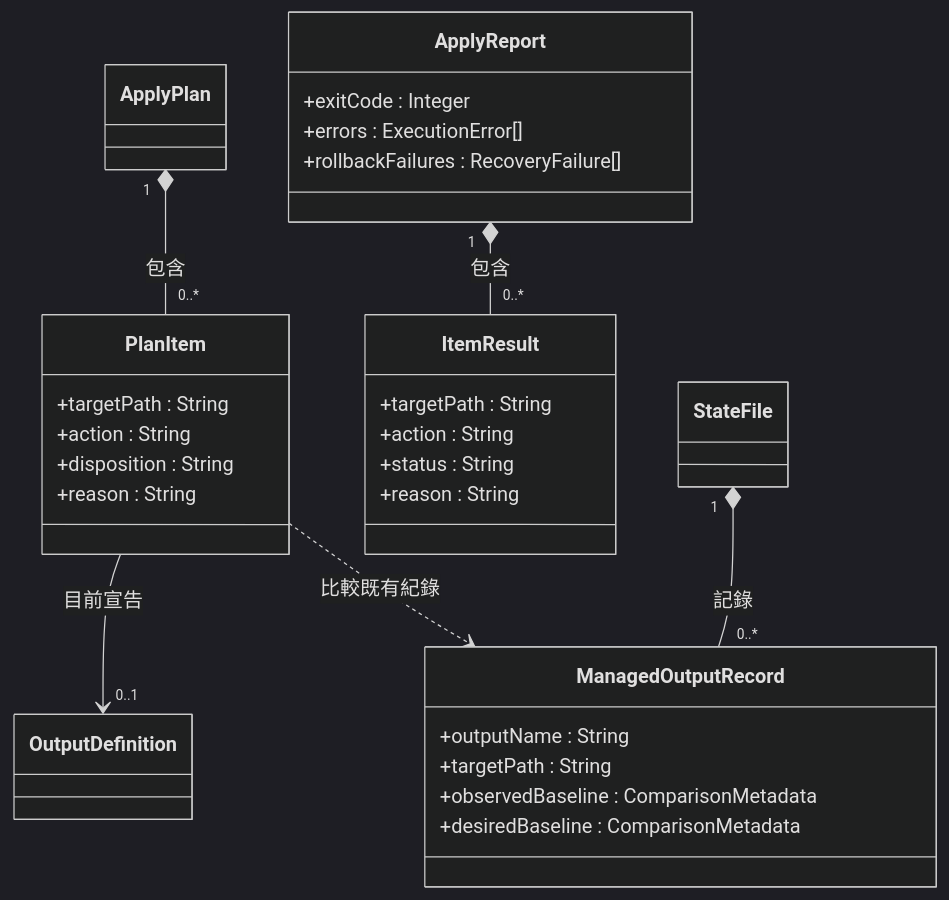
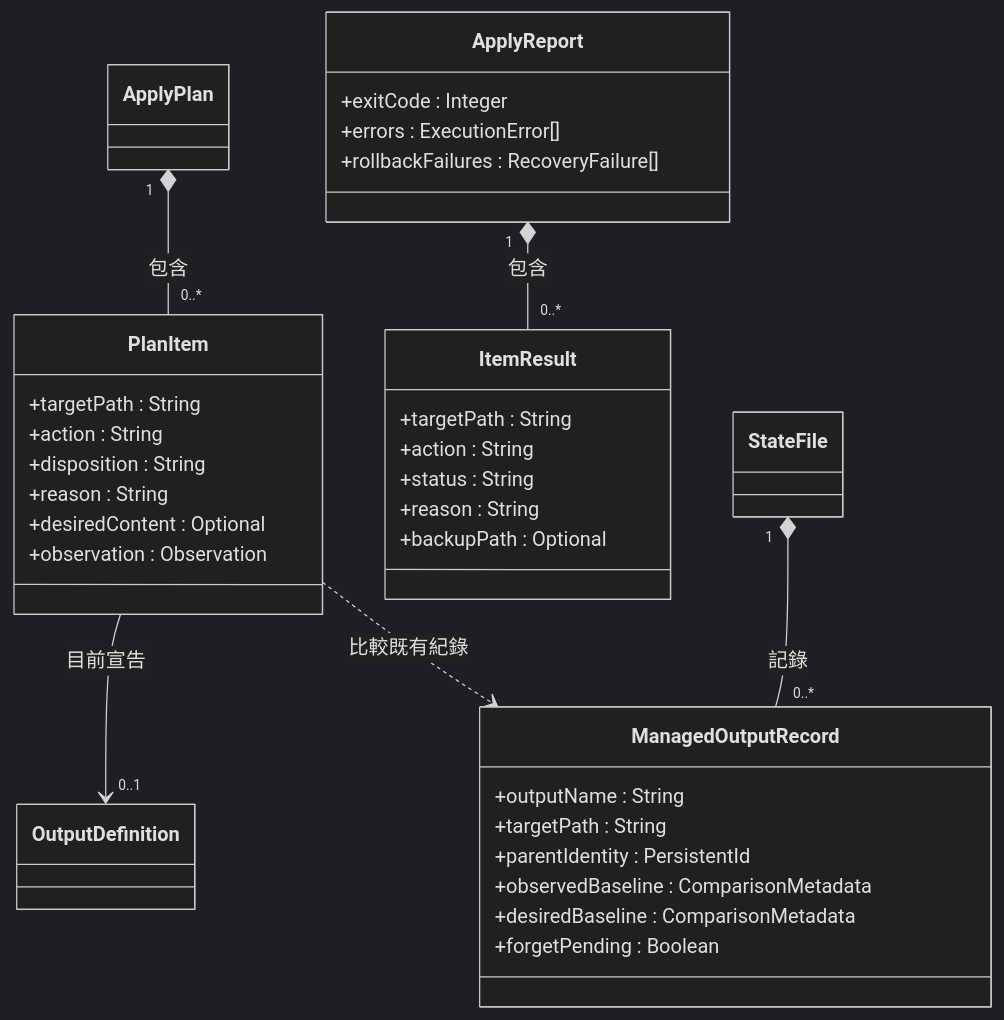
The third of 10 diagrams in docs/03-preliminary-design/uml.md (accidental-two-timer-sam-woof/rosamta-waterfall), drawn with Mermaid (dark theme) before and after one commit. The commit also changed other lines of this file, not shown here.

Commit message:
docs(design): align preliminary UML with SRS 1.5

````diff
--- a/docs/03-preliminary-design/uml.md
+++ b/docs/03-preliminary-design/uml.md
@@ -151,35 +176,40 @@
 ```mermaid
 classDiagram
     direction TB
     class ApplyPlan
     class PlanItem {
         +targetPath : String
         +action : String
         +disposition : String
         +reason : String
+        +desiredContent : Optional
+        +observation : Observation
     }
     class ApplyReport {
         +exitCode : Integer
         +errors : ExecutionError[]
         +rollbackFailures : RecoveryFailure[]
     }
     class ItemResult {
         +targetPath : String
         +action : String
         +status : String
         +reason : String
+        +backupPath : Optional
     }
     class StateFile
     class ManagedOutputRecord {
         +outputName : String
         +targetPath : String
+        +parentIdentity : PersistentId
         +observedBaseline : ComparisonMetadata
         +desiredBaseline : ComparisonMetadata
+        +forgetPending : Boolean
     }
     class OutputDefinition
     ApplyPlan "1" *-- "0..*" PlanItem : 包含
     ApplyReport "1" *-- "0..*" ItemResult : 包含
     StateFile "1" *-- "0..*" ManagedOutputRecord : 記錄
     PlanItem --> "0..1" OutputDefinition : 目前宣告
     PlanItem ..> ManagedOutputRecord : 比較既有紀錄
 ```
````
